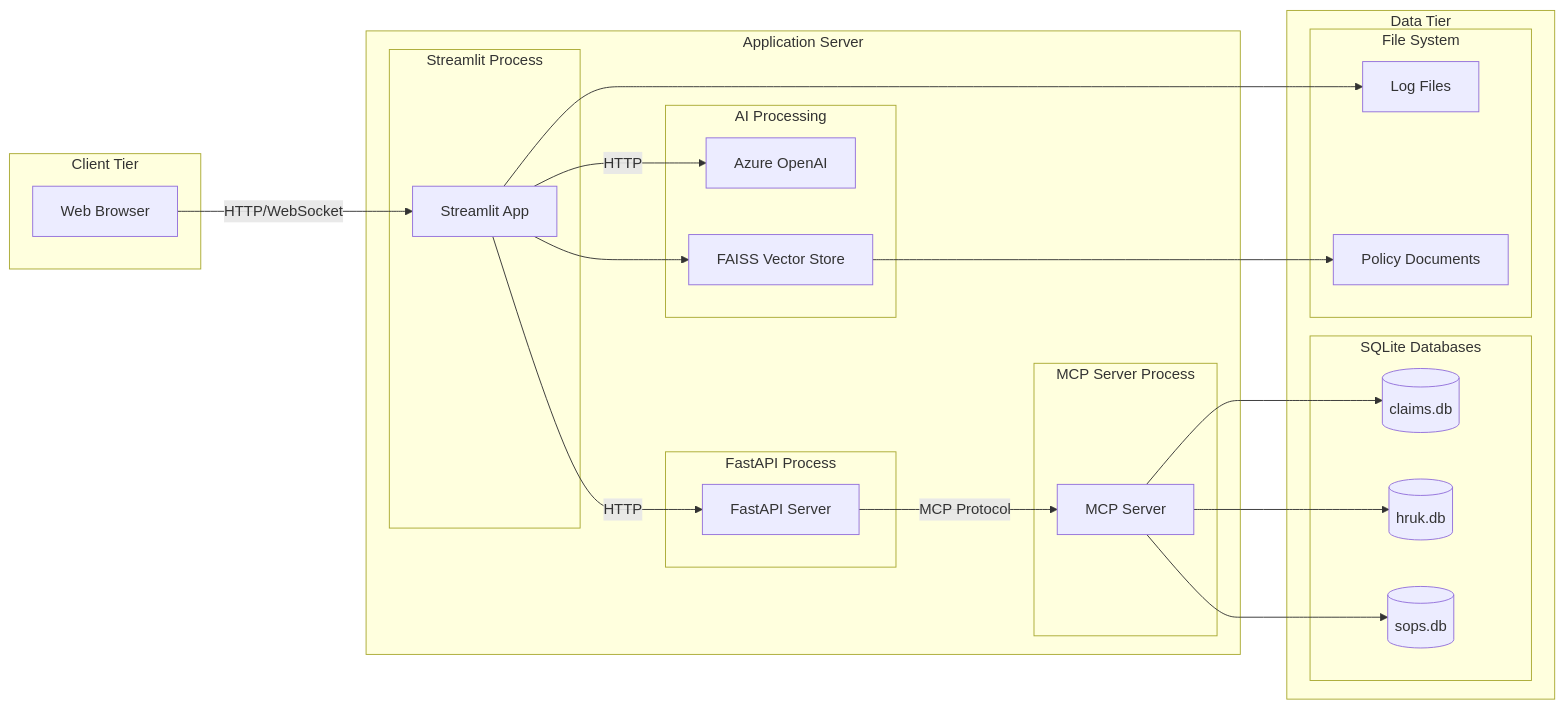
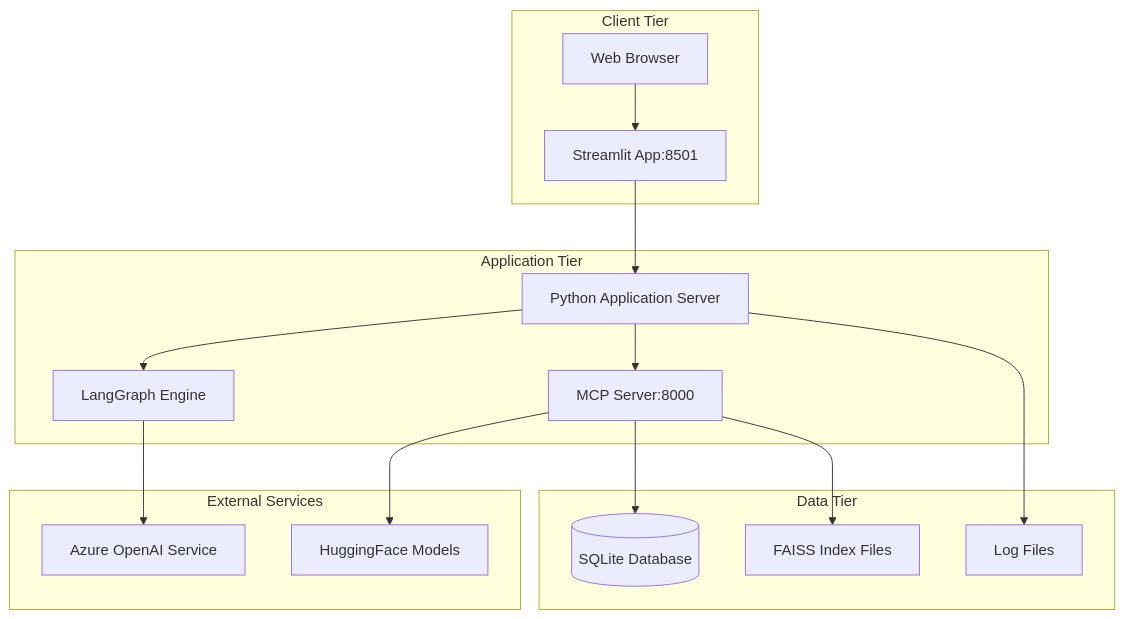
The second of 9 diagrams in README.md (phoenix-4u/Pend_Claims_Agentic_Workflow), drawn with Mermaid before and after one commit. The commit also changed other lines of this file, not shown here.

````diff
--- a/README.md
+++ b/README.md
@@ -77,49 +108,34 @@
 ```mermaid
-graph LR
+graph TB
     subgraph "Client Tier"
-        WEB[Web Browser]
+        BROWSER[Web Browser]
+        STREAMLIT[Streamlit App:8501]
     end
     
-    subgraph "Application Server"
-        subgraph "Streamlit Process"
-            ST[Streamlit App]
-        end
-        
-        subgraph "FastAPI Process"
-            API[FastAPI Server]
-        end
-        
-        subgraph "MCP Server Process"
-            MCPS[MCP Server]
-        end
-        
-        subgraph "AI Processing"
-            LLM[Azure OpenAI]
-            FAISS[FAISS Vector Store]
-        end
+    subgraph "Application Tier"
+        PYTHON[Python Application Server]
+        LANGGRAPH[LangGraph Engine]
+        MCP_SRV[MCP Server:8000]
+    end
+    
+    subgraph "External Services"
+        AZURE[Azure OpenAI Service]
+        HF[HuggingFace Models]
     end
     
     subgraph "Data Tier"
-        subgraph "SQLite Databases"
-            DB1[(claims.db)]
-            DB2[(hruk.db)]
-            DB3[(sops.db)]
-        end
-        
-        subgraph "File System"
-            LOGS[Log Files]
-            POLICIES[Policy Documents]
-        end
+        SQLITE[(SQLite Database)]
+        FAISS_STORE[FAISS Index Files]
+        LOGS[Log Files]
     end
     
-    WEB -->|HTTP/WebSocket| ST
-    ST -->|HTTP| API
-    API -->|MCP Protocol| MCPS
-    MCPS --> DB1
-    MCPS --> DB2
-    MCPS --> DB3
-    ST -->|HTTP| LLM
-    ST --> FAISS
-    FAISS --> POLICIES
-    ST --> LOGS
+    BROWSER --> STREAMLIT
+    STREAMLIT --> PYTHON
+    PYTHON --> LANGGRAPH
+    PYTHON --> MCP_SRV
+    LANGGRAPH --> AZURE
+    MCP_SRV --> HF
+    MCP_SRV --> SQLITE
+    MCP_SRV --> FAISS_STORE
+    PYTHON --> LOGS
 ```
````
